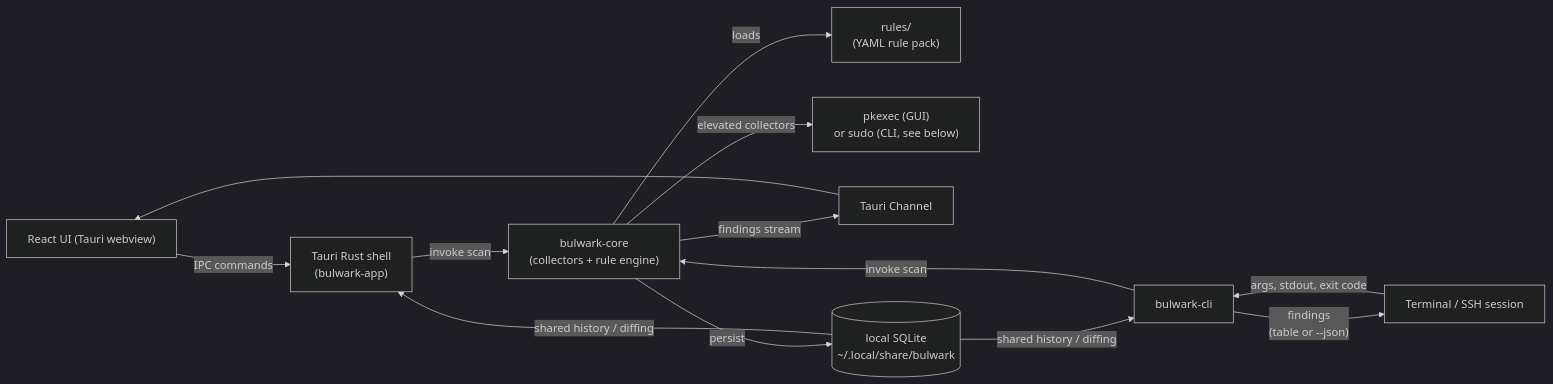
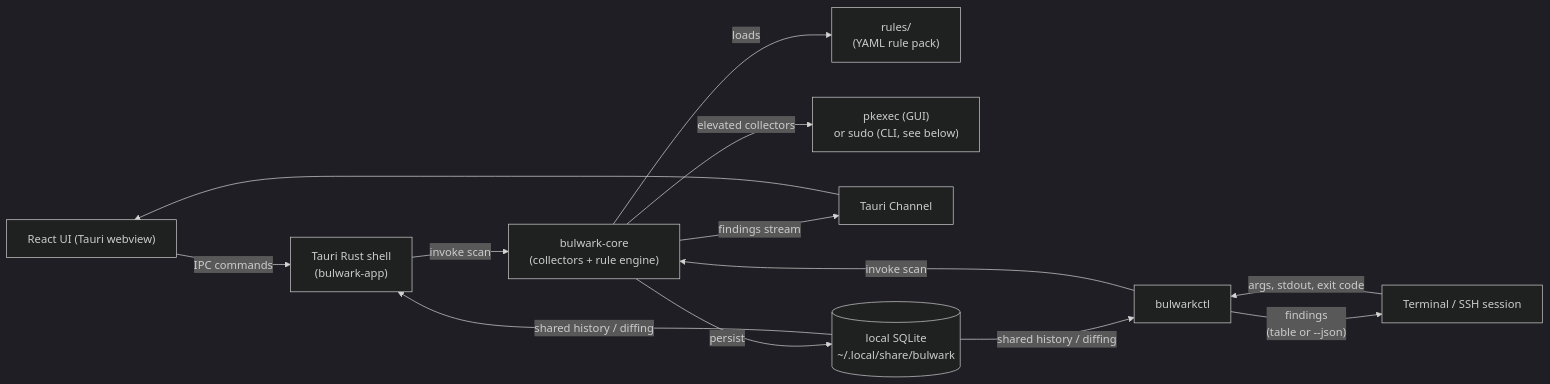
One commit to vietanhdev/bulwark changed the second of 4 diagrams in docs/guide/architecture.md. Above: the diagram before and after it, drawn with Mermaid (dark theme). The commit also changed other lines of this file and 20 other files, not shown here.

First line of the commit message:
feat(repo): rename bulwark-cli to bulwarkctl and reserve crates.io names

````diff
--- a/docs/guide/architecture.md
+++ b/docs/guide/architecture.md
@@ -100,15 +100,15 @@
 ```mermaid
 flowchart LR
   ui["React UI (Tauri webview)"] -->|"IPC commands"| shell["Tauri Rust shell\n(bulwark-app)"]
-  term["Terminal / SSH session"] -->|"args, stdout, exit code"| cli["bulwark-cli"]
+  term["Terminal / SSH session"] -->|"args, stdout, exit code"| cli["bulwarkctl"]
   shell -->|"invoke scan"| core["bulwark-core\n(collectors + rule engine)"]
   cli -->|"invoke scan"| core
   core -->|"loads"| rules["rules/\n(YAML rule pack)"]
   core -->|"elevated collectors"| pkexec["pkexec (GUI)\nor sudo (CLI, see below)"]
   core -->|"findings stream"| channel["Tauri Channel"]
   channel --> ui
   cli -->|"findings\n(table or --json)"| term
   core -->|"persist"| db[("local SQLite\n~/.local/share/bulwark")]
   db -->|"shared history / diffing"| shell
   db -->|"shared history / diffing"| cli
 ```
````
